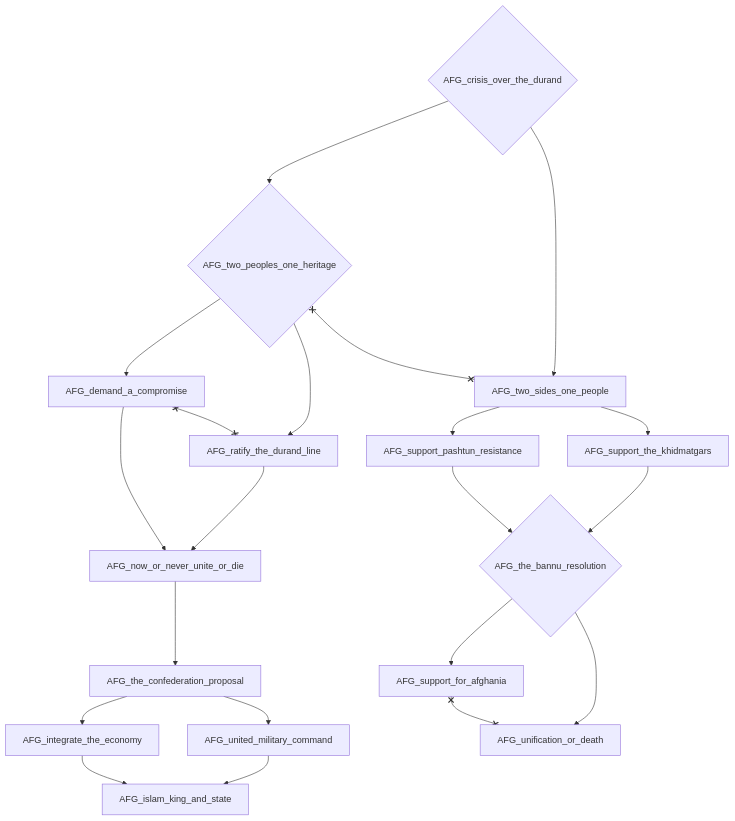
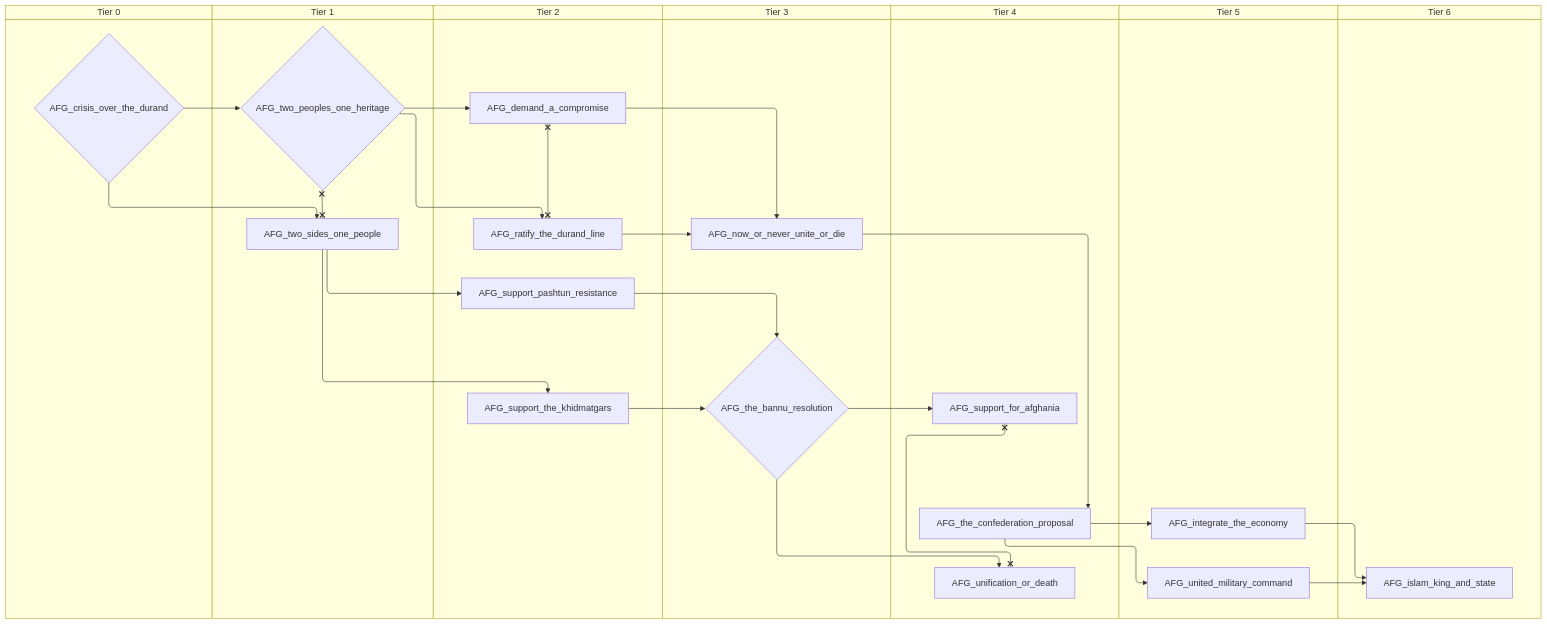
Before and after one commit to evgeny-sobol/hoi4-sandbox-mode-r56: the third of 6 diagrams in docs/gdd/National Focuses/r56/r56_afghanistan.md, drawn with Mermaid. The commit also changed other lines of this file and 423 other files, not shown here.

First line of the commit message:
Re-export Rt56 focus trees as swimlane diagrams

````diff
--- a/docs/gdd/National Focuses/r56/r56_afghanistan.md
+++ b/docs/gdd/National Focuses/r56/r56_afghanistan.md
@@ -115,38 +145,52 @@
 ```mermaid
-flowchart TD
-    n44{"AFG_crisis_over_the_durand"}
-    n45["AFG_demand_a_compromise"]
-    n46["AFG_integrate_the_economy"]
-    n47["AFG_islam_king_and_state"]
-    n48["AFG_now_or_never_unite_or_die"]
-    n49["AFG_ratify_the_durand_line"]
-    n50["AFG_support_for_afghania"]
-    n51["AFG_support_pashtun_resistance"]
-    n52["AFG_support_the_khidmatgars"]
-    n53{"AFG_the_bannu_resolution"}
-    n54["AFG_the_confederation_proposal"]
-    n55{"AFG_two_peoples_one_heritage"}
-    n56["AFG_two_sides_one_people"]
-    n57["AFG_unification_or_death"]
-    n58["AFG_united_military_command"]
-    n55 --> n45
-    n54 --> n46
-    n46 --> n47
-    n58 --> n47
+swimlane-beta TD
+    subgraph tier_0["Tier 0"]
+        n44{"AFG_crisis_over_the_durand"}
+    end
+    subgraph tier_1["Tier 1"]
+        n45{"AFG_two_peoples_one_heritage"}
+        n46["AFG_two_sides_one_people"]
+    end
+    subgraph tier_2["Tier 2"]
+        n47["AFG_demand_a_compromise"]
+        n48["AFG_ratify_the_durand_line"]
+        n49["AFG_support_pashtun_resistance"]
+        n50["AFG_support_the_khidmatgars"]
+    end
+    subgraph tier_3["Tier 3"]
+        n51["AFG_now_or_never_unite_or_die"]
+        n52{"AFG_the_bannu_resolution"}
+    end
+    subgraph tier_4["Tier 4"]
+        n53["AFG_support_for_afghania"]
+        n54["AFG_the_confederation_proposal"]
+        n55["AFG_unification_or_death"]
+    end
+    subgraph tier_5["Tier 5"]
+        n56["AFG_integrate_the_economy"]
+        n57["AFG_united_military_command"]
+    end
+    subgraph tier_6["Tier 6"]
+        n58["AFG_islam_king_and_state"]
+    end
+    n45 --> n47
+    n54 --> n56
+    n56 --> n58
+    n57 --> n58
+    n47 --> n51
+    n48 --> n51
     n45 --> n48
-    n49 --> n48
-    n55 --> n49
-    n53 --> n50
-    n56 --> n51
-    n56 --> n52
-    n51 --> n53
     n52 --> n53
-    n48 --> n54
-    n44 --> n55
-    n44 --> n56
-    n53 --> n57
-    n54 --> n58
-    n45 x--x n49
-    n50 x--x n57
-    n55 x--x n56
+    n46 --> n49
+    n46 --> n50
+    n49 --> n52
+    n50 --> n52
+    n51 --> n54
+    n44 --> n45
+    n44 --> n46
+    n52 --> n55
+    n54 --> n57
+    n47 x--x n48
+    n53 x--x n55
+    n45 x--x n46
 ```
````
